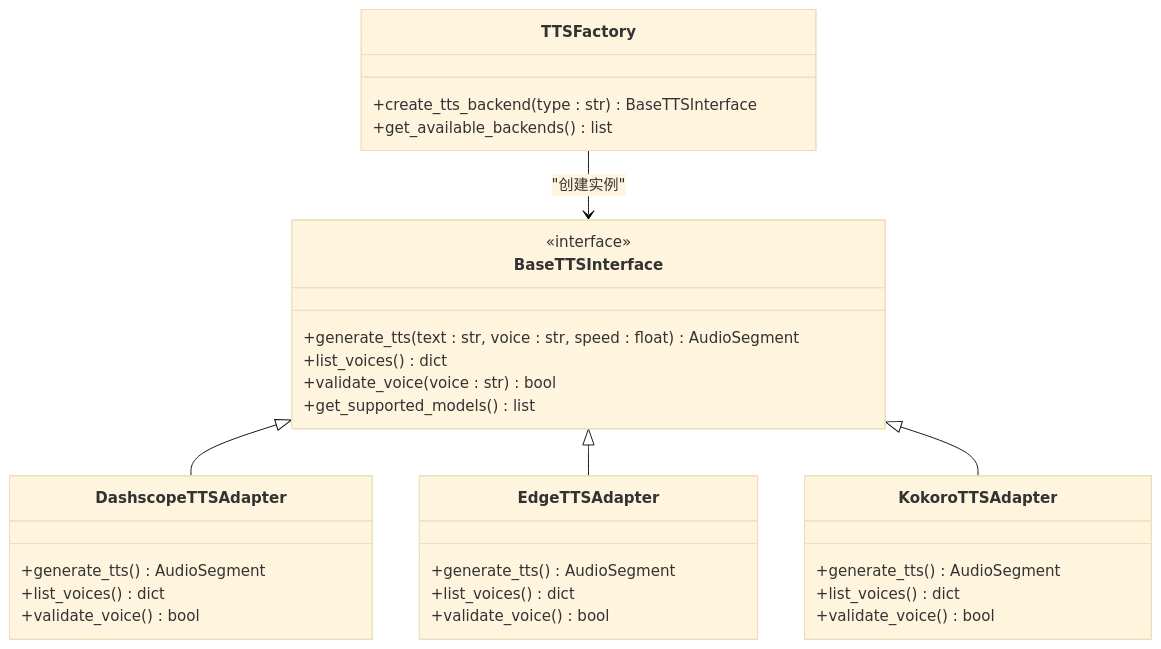
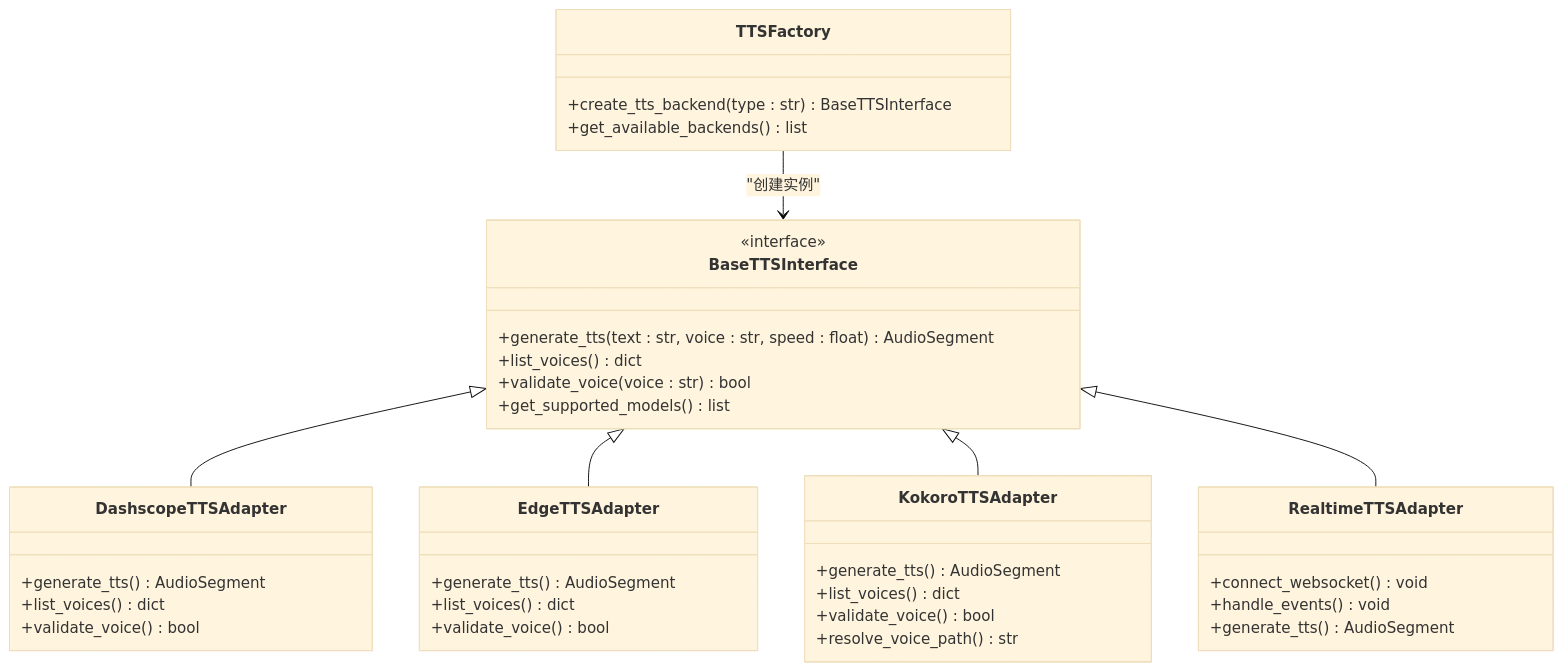
One commit to 1024dashen/Vue3Speech changed diagram 11 of 13 in .qoder/repowiki/zh/content/后端服务架构/后端服务架构.md. Above: the diagram before and after it, drawn with Mermaid (base theme). The commit also changed other lines of this file and 9 other files, not shown here.

````diff
--- a/.qoder/repowiki/zh/content/后端服务架构/后端服务架构.md
+++ b/.qoder/repowiki/zh/content/后端服务架构/后端服务架构.md
@@ -524,33 +597,40 @@
 ```mermaid
 classDiagram
 class BaseTTSInterface {
 <<interface>>
 +generate_tts(text : str, voice : str, speed : float) AudioSegment
 +list_voices() dict
 +validate_voice(voice : str) bool
 +get_supported_models() list
 }
 class DashscopeTTSAdapter {
 +generate_tts() AudioSegment
 +list_voices() dict
 +validate_voice() bool
 }
 class EdgeTTSAdapter {
 +generate_tts() AudioSegment
 +list_voices() dict
 +validate_voice() bool
 }
 class KokoroTTSAdapter {
 +generate_tts() AudioSegment
 +list_voices() dict
 +validate_voice() bool
++resolve_voice_path() str
+}
+class RealtimeTTSAdapter {
++connect_websocket() void
++handle_events() void
++generate_tts() AudioSegment
 }
 class TTSFactory {
 +create_tts_backend(type : str) BaseTTSInterface
 +get_available_backends() list
 }
 BaseTTSInterface <|-- DashscopeTTSAdapter
 BaseTTSInterface <|-- EdgeTTSAdapter
 BaseTTSInterface <|-- KokoroTTSAdapter
+BaseTTSInterface <|-- RealtimeTTSAdapter
 TTSFactory --> BaseTTSInterface : "创建实例"
 ```
````
